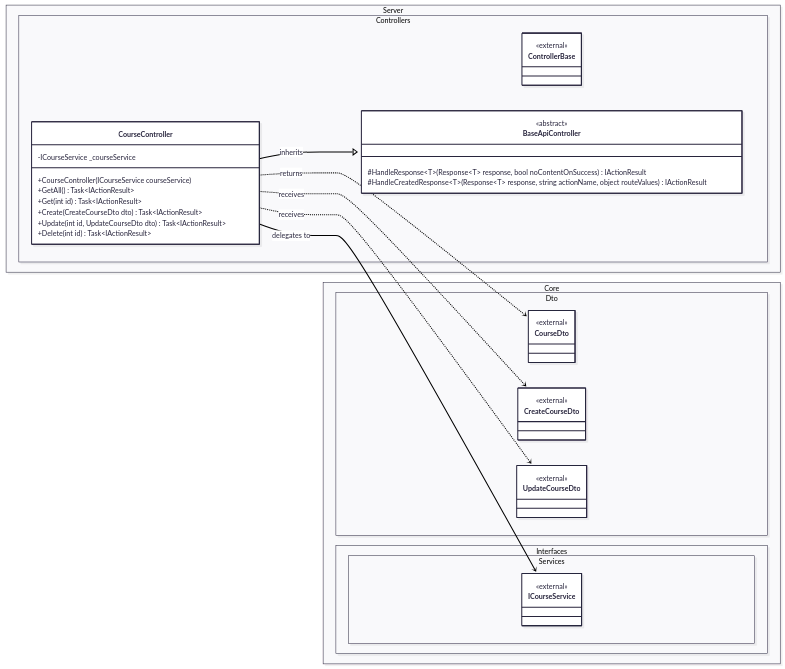
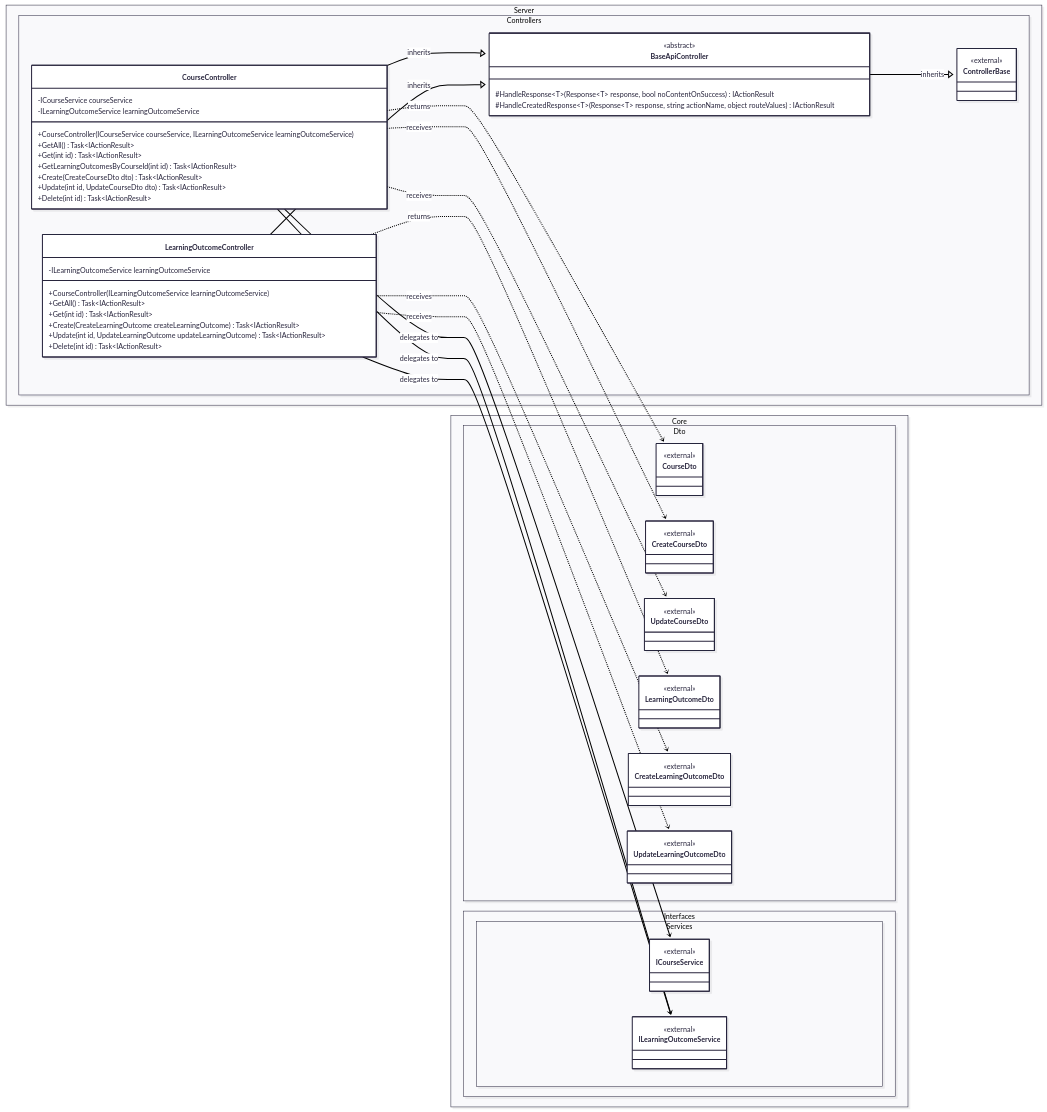
Before and after one commit to kelvin0307/oose: the diagram in Server/Diagrams/Server.mermaid, drawn with Mermaid. The commit also changed 3 other files, not shown here.

Commit message:
Updated diagrams

```diff
--- a/Server/Diagrams/Server.mermaid
+++ b/Server/Diagrams/Server.mermaid
@@ -1,60 +1,96 @@
 ---
 config:
   look: neo
   theme: redux
   layout: dagre
 ---
 classDiagram
 direction LR
     namespace Server.Controllers {
         class ControllerBase {
             <<external>>
         }
 
         class BaseApiController {
             <<abstract>>
             #HandleResponse~T~(Response~T~ response, bool noContentOnSuccess) IActionResult
             #HandleCreatedResponse~T~(Response~T~ response, string actionName, object routeValues) IActionResult
         }
 
         class CourseController {
-            -ICourseService _courseService
-            +CourseController(ICourseService courseService)
+            -ICourseService courseService
+            -ILearningOutcomeService learningOutcomeService
+            +CourseController(ICourseService courseService, ILearningOutcomeService learningOutcomeService)
             +GetAll() Task~IActionResult~
             +Get(int id) Task~IActionResult~
+            +GetLearningOutcomesByCourseId(int id) Task~IActionResult~
             +Create(CreateCourseDto dto) Task~IActionResult~
             +Update(int id, UpdateCourseDto dto) Task~IActionResult~
             +Delete(int id) Task~IActionResult~
         }
 
+        class LearningOutcomeController {
+            -ILearningOutcomeService learningOutcomeService
+            +CourseController(ILearningOutcomeService learningOutcomeService)
+            +GetAll() Task~IActionResult~
+            +Get(int id) Task~IActionResult~
+            +Create(CreateLearningOutcome createLearningOutcome) Task~IActionResult~
+            +Update(int id, UpdateLearningOutcome updateLearningOutcome) Task~IActionResult~
+            +Delete(int id) Task~IActionResult~
+        }
     }
 
 
     namespace Core.Dto{
         class CourseDto {
             <<external>>
         }
 
         class CreateCourseDto {
             <<external>>
         }
 
         class UpdateCourseDto {
             <<external>>
         }
+
+        class LearningOutcomeDto {
+            <<external>>
+        }
+
+        class CreateLearningOutcomeDto {
+            <<external>>
+        }
+
+        class UpdateLearningOutcomeDto {
+            <<external>>
+        }
     }
 
     namespace Core.Interfaces.Services{
         class ICourseService {
             <<external>>
         }
+
+        class ILearningOutcomeService {
+            <<external>>
+        }
     }
 
     %% Base Controller
+    BaseApiController --|> ControllerBase : inherits
     CourseController --|> BaseApiController : inherits
+    LearningOutcomeController --|> BaseApiController : inherits
 
     %% Course
     CourseController --> ICourseService : delegates to
+    CourseController --> ILearningOutcomeService : delegates to
     CourseController ..> CreateCourseDto : receives
     CourseController ..> UpdateCourseDto : receives
     CourseController ..> CourseDto : returns
+
+    %% LearningOutcome
+    LearningOutcomeController --> ILearningOutcomeService : delegates to
+    LearningOutcomeController ..> CreateLearningOutcomeDto : receives
+    LearningOutcomeController ..> UpdateLearningOutcomeDto : receives
+    LearningOutcomeController ..> LearningOutcomeDto : returns
```
